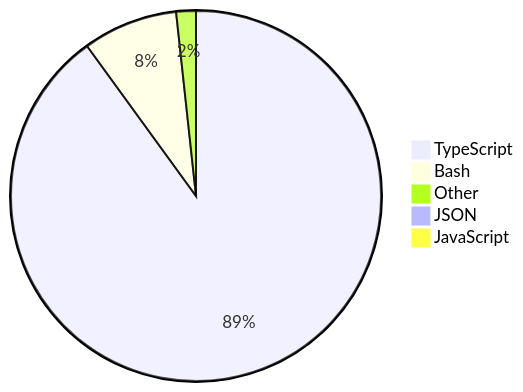
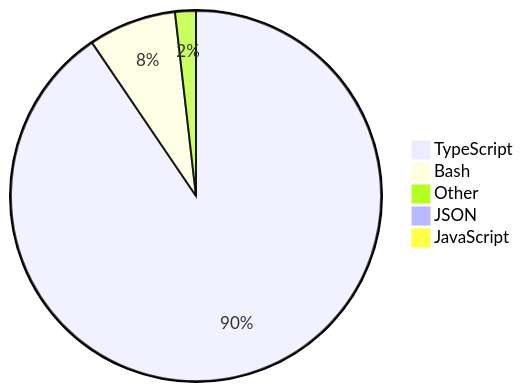
Before and after one commit to skvggor/skvggor: the diagram in README.md, drawn with Mermaid.

Commit message:
Updated waka-readme graph with new metrics

````diff
--- a/README.md
+++ b/README.md
@@ -14,8 +14,8 @@
 ```mermaid
 pie
-    "TypeScript" : 89.1
-    "Bash" : 8.2
-    "Other" : 1.7
-    "JSON" : 0.9
+    "TypeScript" : 89.7
+    "Bash" : 7.6
+    "Other" : 1.8
+    "JSON" : 0.8
     "JavaScript" : 0.1
 ```
````
